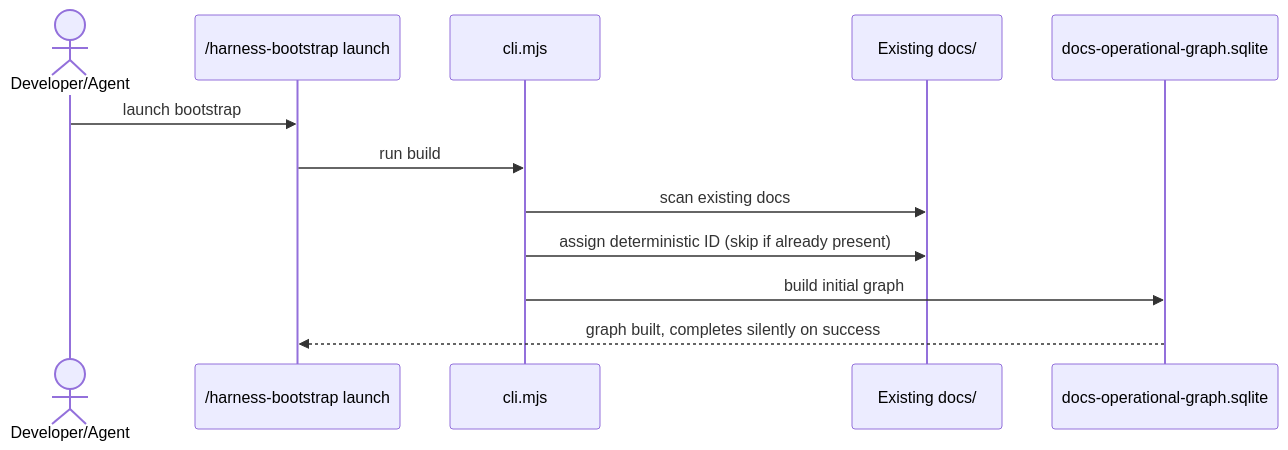
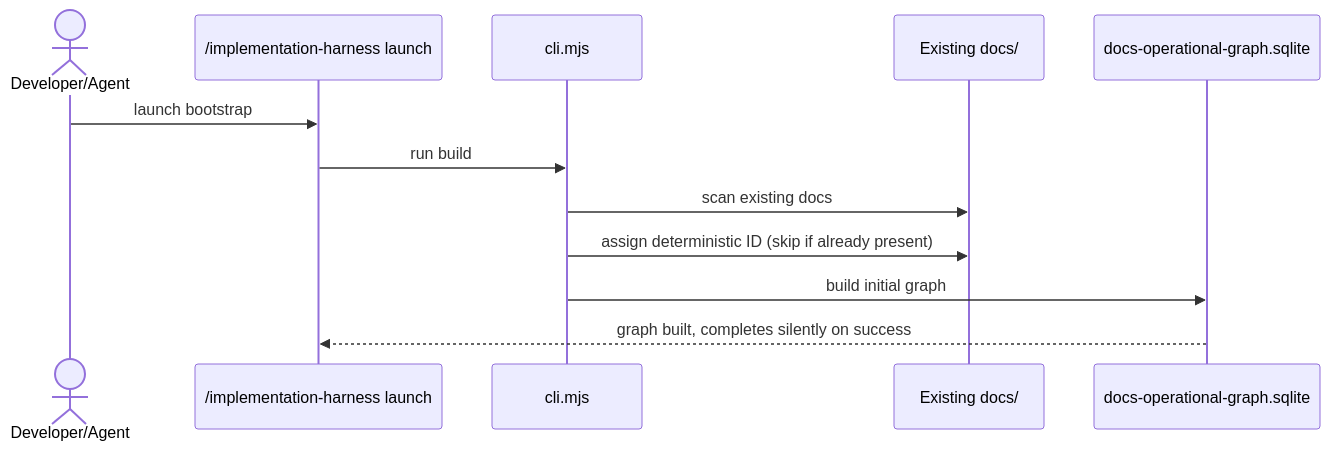
Before and after one commit to DataArt/artisyn-implementation-harness: the fifth of 5 diagrams in docs/Harness/07 Operational Graph/01 Ops Model.md, drawn with Mermaid. The commit also changed other lines of this file and 1188 other files, not shown here.

````diff
--- a/docs/Harness/07 Operational Graph/01 Ops Model.md
+++ b/docs/Harness/07 Operational Graph/01 Ops Model.md
@@ -178,15 +186,15 @@
 ```mermaid
 sequenceDiagram
     actor Dev as Developer/Agent
-    participant Boot as /harness-bootstrap launch
+    participant Boot as /implementation-harness launch
     participant Script as cli.mjs
     participant Docs as Existing docs/
     participant DB as docs-operational-graph.sqlite
 
     Dev->>Boot: launch bootstrap
     Boot->>Script: run build
     Script->>Docs: scan existing docs
     Script->>Docs: assign deterministic ID (skip if already present)
     Script->>DB: build initial graph
     DB-->>Boot: graph built, completes silently on success
 ```
````
